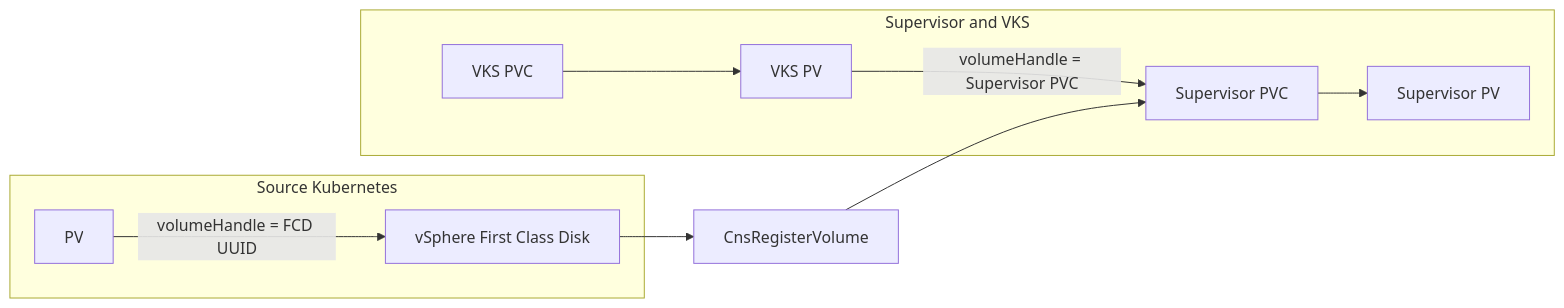
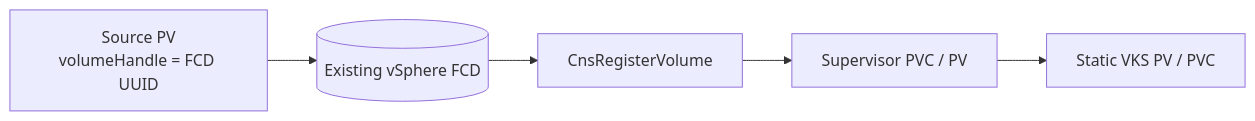
Before and after one commit to vmware/vks-validated-solutions: the third of 4 diagrams in VKS-Migrations/README.md, drawn with Mermaid. The commit also changed other lines of this file and 16 other files, not shown here.

````diff
--- a/VKS-Migrations/README.md
+++ b/VKS-Migrations/README.md
@@ -89,23 +87,11 @@
 ```mermaid
 flowchart LR
-    subgraph SOURCE["Source Kubernetes"]
-        PV1["PV"]
-        FCD["vSphere First Class Disk"]
-        PV1 -->|"volumeHandle = FCD UUID"| FCD
-    end
+    SRC["Source PV<br/>volumeHandle = FCD UUID"]
+    FCD[("Existing vSphere FCD")]
+    REG["CnsRegisterVolume"]
+    SUP["Supervisor PVC / PV"]
+    VKS["Static VKS PV / PVC"]
 
-    REGISTER["CnsRegisterVolume"]
-
-    subgraph DESTINATION["Supervisor and VKS"]
-        SPVC["Supervisor PVC"]
-        SPV["Supervisor PV"]
-        VPV["VKS PV"]
-        VPVC["VKS PVC"]
-
-        SPVC --> SPV
-        VPV -->|"volumeHandle = Supervisor PVC"| SPVC
-        VPVC --> VPV
-    end
-
-    FCD --> REGISTER --> SPVC
+    SRC --> FCD
+    FCD --> REG --> SUP --> VKS
 ```
````
